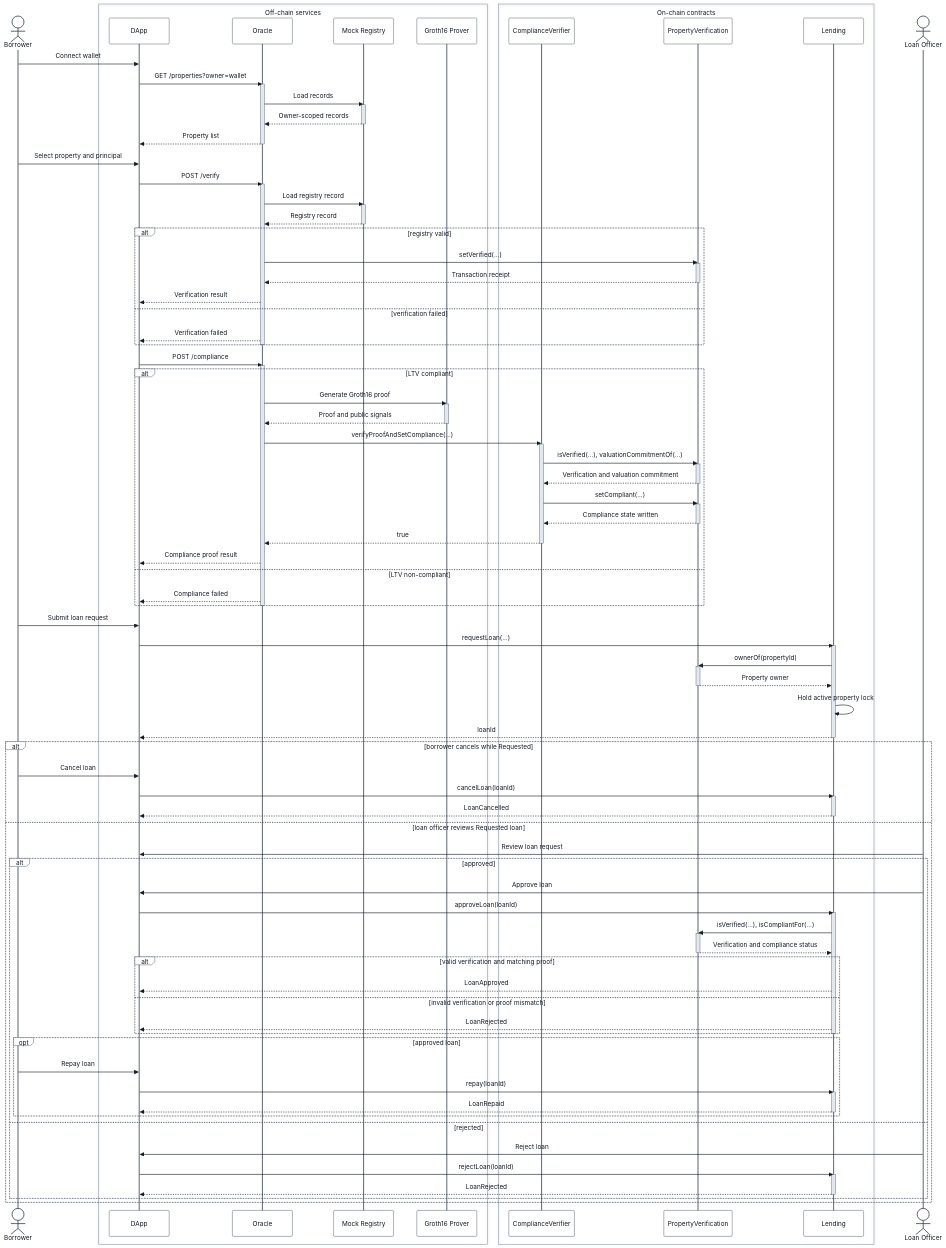
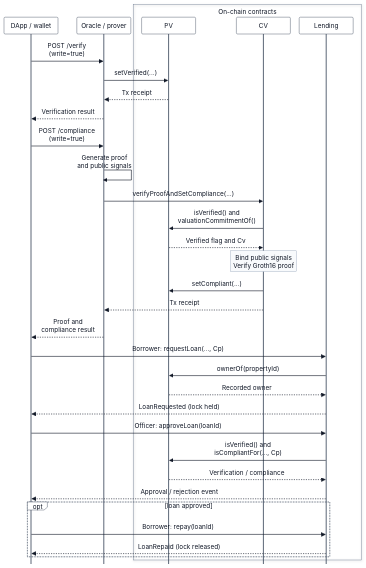
One commit to Alan42x/proofestate changed the diagram in docs/figures/05-end-to-end-data-flow.mmd. Above: the diagram before and after it, drawn with Mermaid. The commit also changed 30 other files, not shown here.

```diff
--- a/docs/figures/05-end-to-end-data-flow.mmd
+++ b/docs/figures/05-end-to-end-data-flow.mmd
@@ -1,117 +1,37 @@
-%%{init: {"theme": "base", "sequence": {"mirrorActors": true, "actorMargin": 58, "messageMargin": 46, "boxMargin": 10, "boxTextMargin": 6}, "themeVariables": {"fontFamily": "Arial", "fontSize": "15px", "primaryColor": "#ffffff", "primaryTextColor": "#111827", "primaryBorderColor": "#64748b", "lineColor": "#475569", "actorBkg": "#ffffff", "actorBorder": "#334155", "actorTextColor": "#111827", "activationBkgColor": "#e2e8f0", "activationBorderColor": "#475569", "sequenceNumberColor": "#111827"}}}%%
+%%{init: {"theme": "base", "sequence": {"mirrorActors": false, "actorMargin": 22, "width": 135, "height": 42, "messageMargin": 14, "boxMargin": 8, "boxTextMargin": 5, "noteMargin": 6, "wrap": false, "actorFontSize": 18, "messageFontSize": 18, "noteFontSize": 17, "rightAngles": true}, "themeVariables": {"fontFamily": "Arial", "fontSize": "18px", "primaryColor": "#ffffff", "primaryTextColor": "#111827", "primaryBorderColor": "#64748b", "lineColor": "#475569", "actorBkg": "#ffffff", "actorBorder": "#334155", "actorTextColor": "#111827", "activationBkgColor": "#e2e8f0", "activationBorderColor": "#475569", "sequenceNumberColor": "#111827", "noteBkgColor": "#f8fafc", "noteBorderColor": "#94a3b8", "noteTextColor": "#111827"}}}%%
 sequenceDiagram
-  actor Borrower
-  box Off-chain services
-    participant DApp
-    participant Oracle
-    participant MockRegistry as Mock Registry
-    participant Groth16Prover as Groth16 Prover
-  end
+  participant DApp as DApp / wallet
+  participant Oracle as Oracle / prover
   box On-chain contracts
-    participant ComplianceVerifier
-    participant PropertyVerification
+    participant PV
+    participant CV
     participant Lending
   end
-  actor LoanOfficer as Loan Officer
 
-  Borrower->>DApp: Connect wallet
-  DApp->>Oracle: GET /properties?owner=wallet
-  activate Oracle
-  Oracle->>MockRegistry: Load records
-  activate MockRegistry
-  MockRegistry-->>Oracle: Owner-scoped records
-  deactivate MockRegistry
-  Oracle-->>DApp: Property list
-  deactivate Oracle
-  Borrower->>DApp: Select property and principal
+  DApp->>Oracle: POST /verify<br/>(write=true)
+  Oracle->>PV: setVerified(...)
+  PV-->>Oracle: Tx receipt
+  Oracle-->>DApp: Verification result
 
-  DApp->>Oracle: POST /verify
-  activate Oracle
-  Oracle->>MockRegistry: Load registry record
-  activate MockRegistry
-  MockRegistry-->>Oracle: Registry record
-  deactivate MockRegistry
-  alt registry valid
-    Oracle->>PropertyVerification: setVerified(...)
-    activate PropertyVerification
-    PropertyVerification-->>Oracle: Transaction receipt
-    deactivate PropertyVerification
-    Oracle-->>DApp: Verification result
-  else verification failed
-    Oracle-->>DApp: Verification failed
+  DApp->>Oracle: POST /compliance<br/>(write=true)
+  Oracle->>Oracle: Generate proof<br/>and public signals
+  Oracle->>CV: verifyProofAndSetCompliance(...)
+  CV->>PV: isVerified() and<br/>valuationCommitmentOf()
+  PV-->>CV: Verified flag and Cv
+  Note over CV: Bind public signals<br/>Verify Groth16 proof
+  CV->>PV: setCompliant(...)
+  CV-->>Oracle: Tx receipt
+  Oracle-->>DApp: Proof and<br/>compliance result
+
+  DApp->>Lending: Borrower: requestLoan(..., Cp)
+  Lending->>PV: ownerOf(propertyId)
+  PV-->>Lending: Recorded owner
+  Lending-->>DApp: LoanRequested (lock held)
+  DApp->>Lending: Officer: approveLoan(loanId)
+  Lending->>PV: isVerified() and<br/>isCompliantFor(..., Cp)
+  PV-->>Lending: Verification / compliance
+  Lending-->>DApp: Approval / rejection event
+  opt loan approved
+    DApp->>Lending: Borrower: repay(loanId)
+    Lending-->>DApp: LoanRepaid (lock released)
   end
-  deactivate Oracle
-
-  DApp->>Oracle: POST /compliance
-  activate Oracle
-  alt LTV compliant
-    Oracle->>Groth16Prover: Generate Groth16 proof
-    activate Groth16Prover
-    Groth16Prover-->>Oracle: Proof and public signals
-    deactivate Groth16Prover
-    Oracle->>ComplianceVerifier: verifyProofAndSetCompliance(...)
-    activate ComplianceVerifier
-    ComplianceVerifier->>PropertyVerification: isVerified(...), valuationCommitmentOf(...)
-    activate PropertyVerification
-    PropertyVerification-->>ComplianceVerifier: Verification and valuation commitment
-    deactivate PropertyVerification
-    ComplianceVerifier->>PropertyVerification: setCompliant(...)
-    activate PropertyVerification
-    PropertyVerification-->>ComplianceVerifier: Compliance state written
-    deactivate PropertyVerification
-    ComplianceVerifier-->>Oracle: true
-    deactivate ComplianceVerifier
-    Oracle-->>DApp: Compliance proof result
-  else LTV non-compliant
-    Oracle-->>DApp: Compliance failed
-  end
-  deactivate Oracle
-
-  Borrower->>DApp: Submit loan request
-  DApp->>Lending: requestLoan(...)
-  activate Lending
-  Lending->>PropertyVerification: ownerOf(propertyId)
-  activate PropertyVerification
-  PropertyVerification-->>Lending: Property owner
-  deactivate PropertyVerification
-  Lending->>Lending: Hold active property lock
-  Lending-->>DApp: loanId
-  deactivate Lending
-
-  alt borrower cancels while Requested
-    Borrower->>DApp: Cancel loan
-    DApp->>Lending: cancelLoan(loanId)
-    activate Lending
-    Lending-->>DApp: LoanCancelled
-    deactivate Lending
-  else loan officer reviews Requested loan
-    LoanOfficer->>DApp: Review loan request
-    alt approved
-      LoanOfficer->>DApp: Approve loan
-      DApp->>Lending: approveLoan(loanId)
-      activate Lending
-      Lending->>PropertyVerification: isVerified(...), isCompliantFor(...)
-      activate PropertyVerification
-      PropertyVerification-->>Lending: Verification and compliance status
-      deactivate PropertyVerification
-      alt valid verification and matching proof
-        Lending-->>DApp: LoanApproved
-      else invalid verification or proof mismatch
-        Lending-->>DApp: LoanRejected
-      end
-      deactivate Lending
-      opt approved loan
-        Borrower->>DApp: Repay loan
-        DApp->>Lending: repay(loanId)
-        activate Lending
-        Lending-->>DApp: LoanRepaid
-        deactivate Lending
-      end
-    else rejected
-      LoanOfficer->>DApp: Reject loan
-      DApp->>Lending: rejectLoan(loanId)
-      activate Lending
-      Lending-->>DApp: LoanRejected
-      deactivate Lending
-    end
-  end
```
